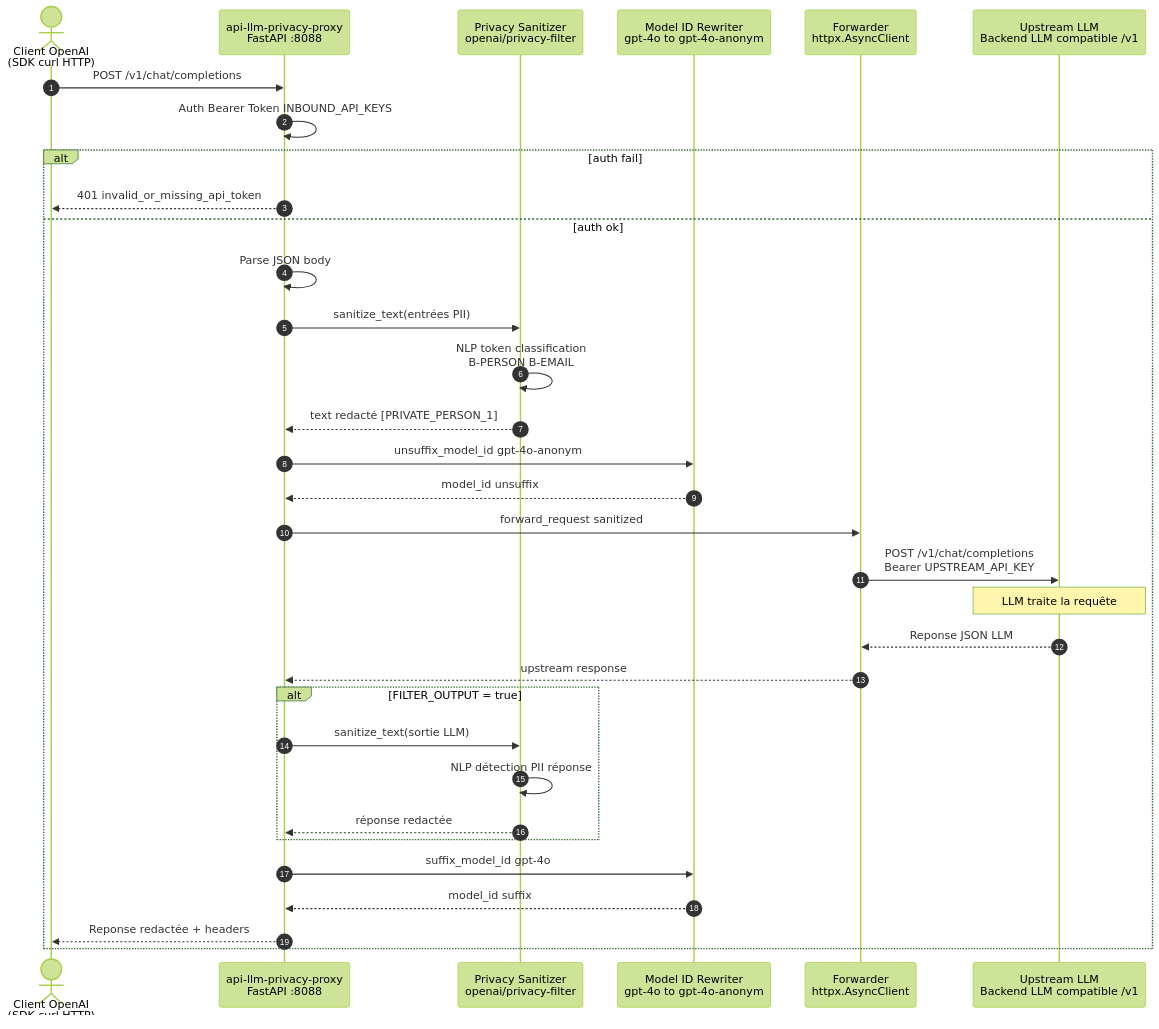
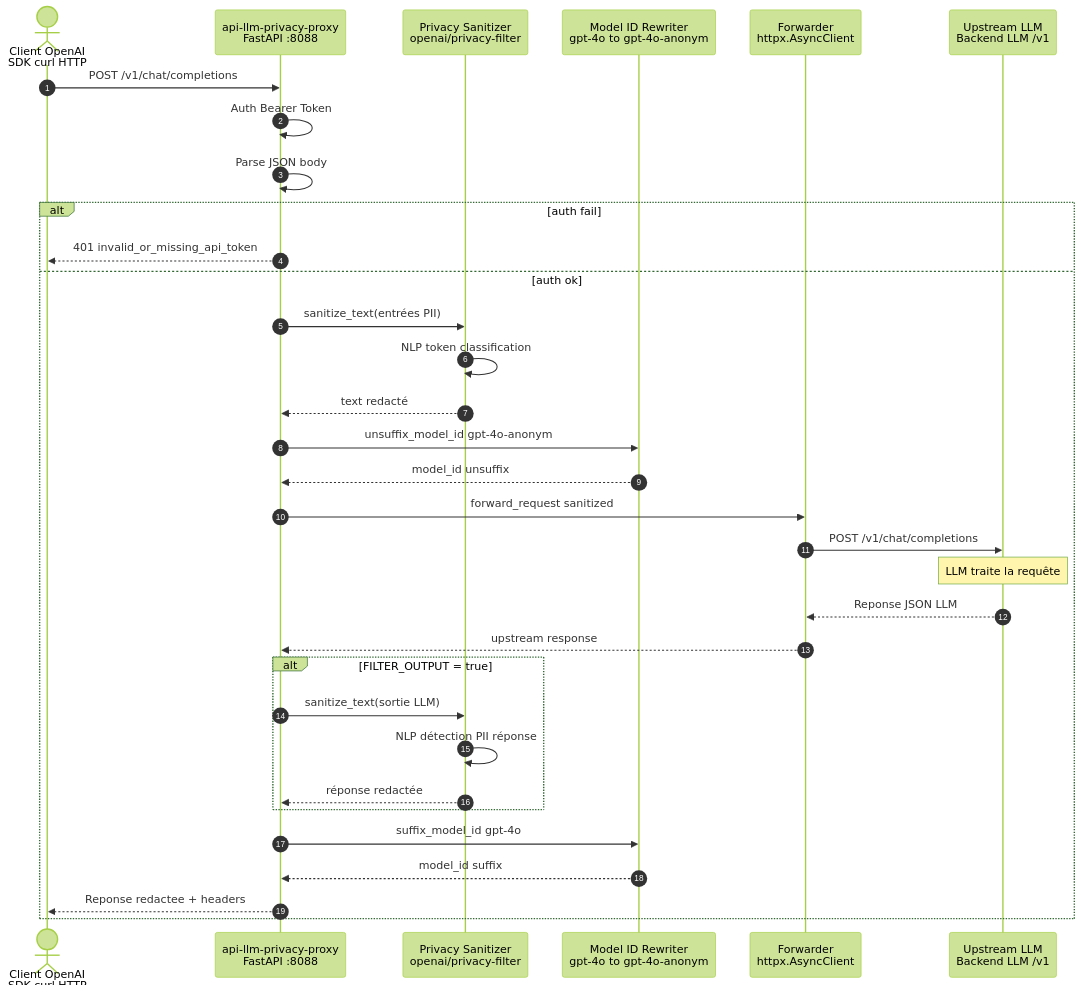
One commit to ynotopec/api-llm-privacy-proxy changed the first of 7 diagrams in doc/architecture.md. Above: the diagram before and after it, drawn with Mermaid (forest theme). The commit also changed other lines of this file, not shown here.

First line of the commit message:
fix: final Mermaid rendering fixes

````diff
--- a/doc/architecture.md
+++ b/doc/architecture.md
@@ -10,43 +10,39 @@
 ```mermaid
 sequenceDiagram
     autonumber
-    actor Client as Client OpenAI<br>(SDK curl HTTP)
-    participant Proxy as api-llm-privacy-proxy<br>FastAPI :8088
-    participant Sanitizer as Privacy Sanitizer<br>openai/privacy-filter
-    participant Rewriter as Model ID Rewriter<br>gpt-4o to gpt-4o-anonym
-    participant Forwarder as Forwarder<br>httpx.AsyncClient
-    participant Upstream as Upstream LLM<br>Backend LLM compatible /v1
+    actor Client as Client OpenAI<br/>SDK curl HTTP
+    participant Proxy as api-llm-privacy-proxy<br/>FastAPI :8088
+    participant Sanitizer as Privacy Sanitizer<br/>openai/privacy-filter
+    participant Rewriter as Model ID Rewriter<br/>gpt-4o to gpt-4o-anonym
+    participant Forwarder as Forwarder<br/>httpx.AsyncClient
+    participant Upstream as Upstream LLM<br/>Backend LLM /v1
 
     Client->>Proxy: POST /v1/chat/completions
-    Proxy->>Proxy: Auth Bearer Token INBOUND_API_KEYS
+    Proxy->>Proxy: Auth Bearer Token
+    Proxy->>Proxy: Parse JSON body
 
     alt auth fail
         Proxy-->>Client: 401 invalid_or_missing_api_token
     else auth ok
-        Proxy->>Proxy: Parse JSON body
-
         Proxy->>Sanitizer: sanitize_text(entrées PII)
-        Sanitizer->>Sanitizer: NLP token classification<br>B-PERSON B-EMAIL
-        Sanitizer-->>Proxy: text redacté [PRIVATE_PERSON_1]
-
+        Sanitizer->>Sanitizer: NLP token classification
+        Sanitizer-->>Proxy: text redacté
         Proxy->>Rewriter: unsuffix_model_id gpt-4o-anonym
         Rewriter-->>Proxy: model_id unsuffix
-
         Proxy->>Forwarder: forward_request sanitized
-        Forwarder->>Upstream: POST /v1/chat/completions<br>Bearer UPSTREAM_API_KEY
+        Forwarder->>Upstream: POST /v1/chat/completions
         Note over Upstream: LLM traite la requête
         Upstream-->>Forwarder: Reponse JSON LLM
         Forwarder-->>Proxy: upstream response
 
         alt FILTER_OUTPUT = true
             Proxy->>Sanitizer: sanitize_text(sortie LLM)
             Sanitizer->>Sanitizer: NLP détection PII réponse
             Sanitizer-->>Proxy: réponse redactée
         end
 
         Proxy->>Rewriter: suffix_model_id gpt-4o
         Rewriter-->>Proxy: model_id suffix
-
-        Proxy-->>Client: Reponse redactée + headers
+        Proxy-->>Client: Reponse redactee + headers
     end
 ```
````
